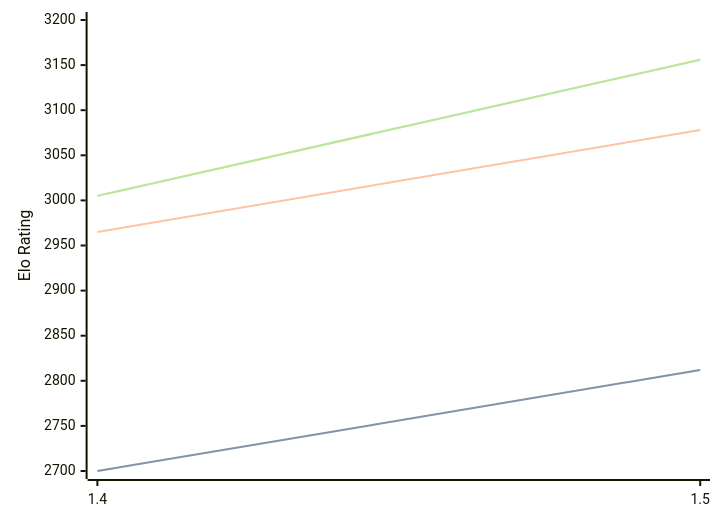
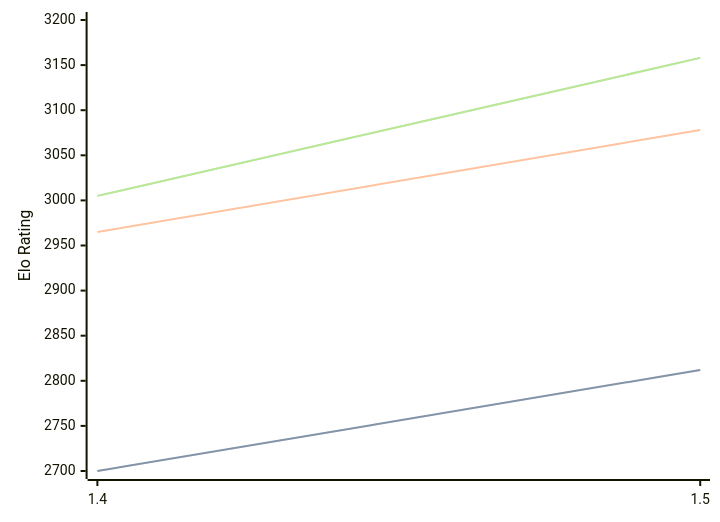
The diagram in engines/Yakka.md (computer-chess-index/cci), drawn with Mermaid before and after one commit. The commit also changed other lines of this file, not shown here.

Commit message:
Update CCI Ratings (ELO VLTC) - 2026-05-04

````diff
--- a/engines/Yakka.md
+++ b/engines/Yakka.md
@@ -36,11 +36,11 @@
 ```mermaid
 %%{init: {"theme":"base","themeVariables":{"seriesColors:['#a3a3a3','#222221','#faa371']}}}%%
 xychart-beta
   x-axis ["1.4", "1.5"]
   y-axis "Elo Rating" 2700 --> 3200
   line "STC (8.0+0.08s)" [2700, 2812]
   line "STC (8.0+0.08s)" [2700, 2812]
   line "LTC (60.0+0.60s)" [2965, 3078]
-  line "VLTC (2m24s+1.12s)" [3005, 3156]
-  line "VLTC (2m24s+1.12s)" [3005, 3156]
+  line "VLTC (2m24s+1.12s)" [3005, 3158]
+  line "VLTC (2m24s+1.12s)" [3005, 3158]
 ```
````
